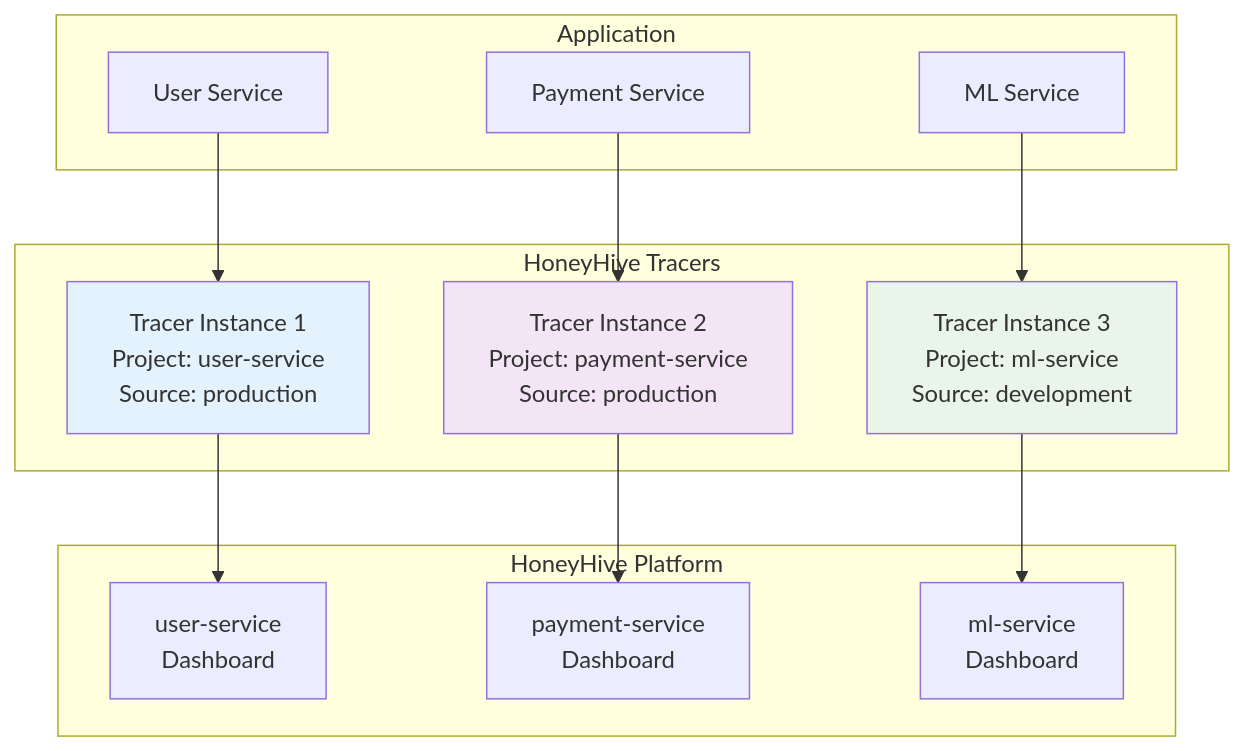
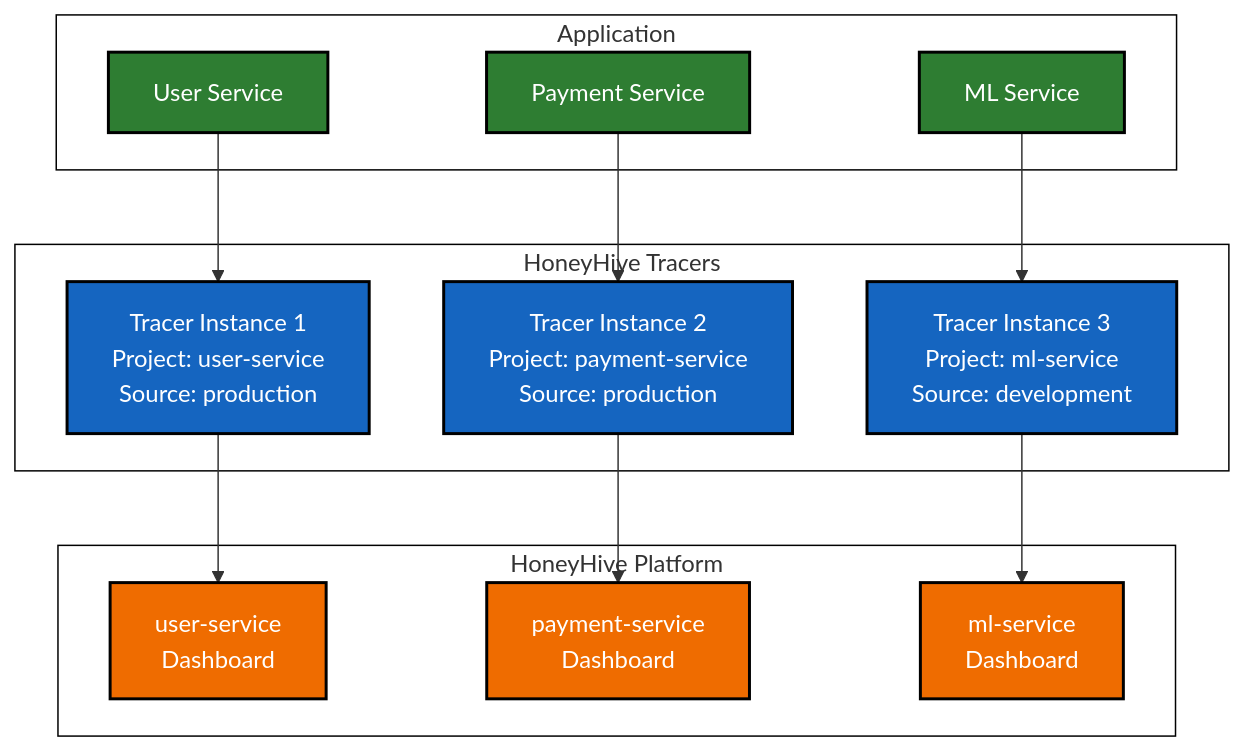
Before and after one commit to honeyhiveai/python-sdk: the fourth of 15 diagrams in docs/explanation/architecture/diagrams.rst, drawn with Mermaid. The commit also changed other lines of this file and 44 other files, not shown here.

```diff
--- a/docs/explanation/architecture/diagrams.rst
+++ b/docs/explanation/architecture/diagrams.rst
@@ -122,32 +142,37 @@
 .. mermaid::
 
+   %%{init: {'theme':'base', 'themeVariables': {'primaryColor': '#1565c0', 'primaryTextColor': '#ffffff', 'primaryBorderColor': '#000000', 'lineColor': '#333333', 'secondaryColor': '#2e7d32', 'tertiaryColor': '#ef6c00', 'background': 'transparent', 'mainBkg': 'transparent', 'secondBkg': 'transparent', 'nodeBkg': '#1565c0', 'nodeBorder': '#000000', 'clusterBkg': 'transparent', 'clusterBorder': '#000000', 'defaultLinkColor': '#333333', 'titleColor': '#333333', 'edgeLabelBackground': 'transparent', 'nodeTextColor': '#ffffff'}, 'flowchart': {'linkColor': '#333333', 'linkWidth': 2, 'nodeSpacing': 50, 'rankSpacing': 50}}}%%
    graph TB
        subgraph "Application"
            Service1["User Service"]
            Service2["Payment Service"]
            Service3["ML Service"]
        end
        
        subgraph "HoneyHive Tracers"
            Tracer1["Tracer Instance 1<br/>Project: user-service<br/>Source: production"]
            Tracer2["Tracer Instance 2<br/>Project: payment-service<br/>Source: production"]
            Tracer3["Tracer Instance 3<br/>Project: ml-service<br/>Source: development"]
        end
        
        subgraph "HoneyHive Platform"
            Project1["user-service<br/>Dashboard"]
            Project2["payment-service<br/>Dashboard"]
            Project3["ml-service<br/>Dashboard"]
        end
        
        Service1 --> Tracer1
        Service2 --> Tracer2
        Service3 --> Tracer3
        
        Tracer1 --> Project1
        Tracer2 --> Project2
        Tracer3 --> Project3
        
-       style Tracer1 fill:#e3f2fd
-       style Tracer2 fill:#f3e5f5
-       style Tracer3 fill:#e8f5e8
+       classDef serviceClass fill:#2e7d32,stroke:#000000,stroke-width:2px,color:#ffffff
+       classDef tracerClass fill:#1565c0,stroke:#000000,stroke-width:2px,color:#ffffff
+       classDef projectClass fill:#ef6c00,stroke:#000000,stroke-width:2px,color:#ffffff
+       
+       class Service1,Service2,Service3 serviceClass
+       class Tracer1,Tracer2,Tracer3 tracerClass
+       class Project1,Project2,Project3 projectClass
```
